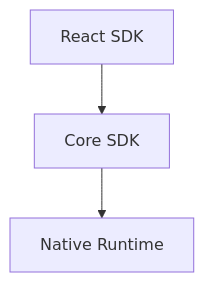
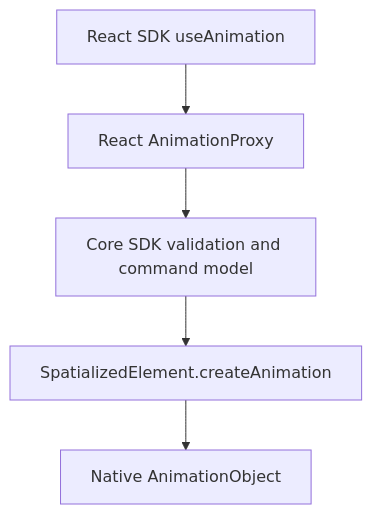
The first of 4 diagrams in openspec/changes/spatialized-element-motion-api/design.zh.md (webspatial/webspatial-sdk), drawn with Mermaid before and after one commit. The commit also changed other lines of this file and 15 other files, not shown here.

````diff
--- a/openspec/changes/spatialized-element-motion-api/design.zh.md
+++ b/openspec/changes/spatialized-element-motion-api/design.zh.md
@@ -50,9 +51,13 @@
 ```mermaid
 flowchart TD
-  React[React SDK]
-  Core[Core SDK]
-  Native[Native Runtime]
+  React[React SDK useAnimation]
+  Proxy[React AnimationProxy]
+  Core[Core SDK validation and command model]
+  Element[SpatializedElement.createAnimation]
+  Native[Native AnimationObject]
 
-  React --> Core
-  Core --> Native
+  React --> Proxy
+  Proxy --> Core
+  Core --> Element
+  Element --> Native
 ```
````
